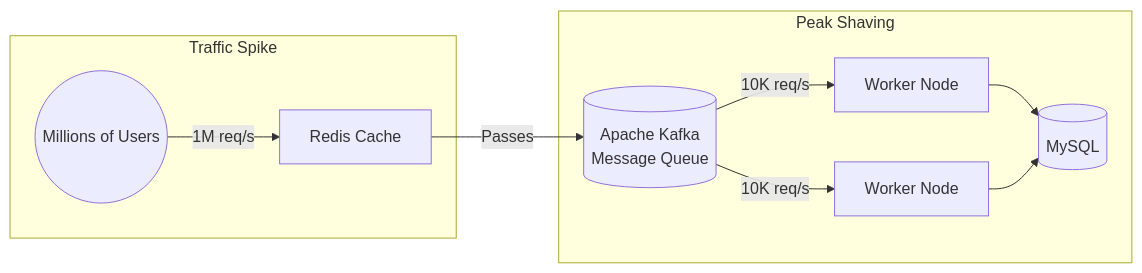
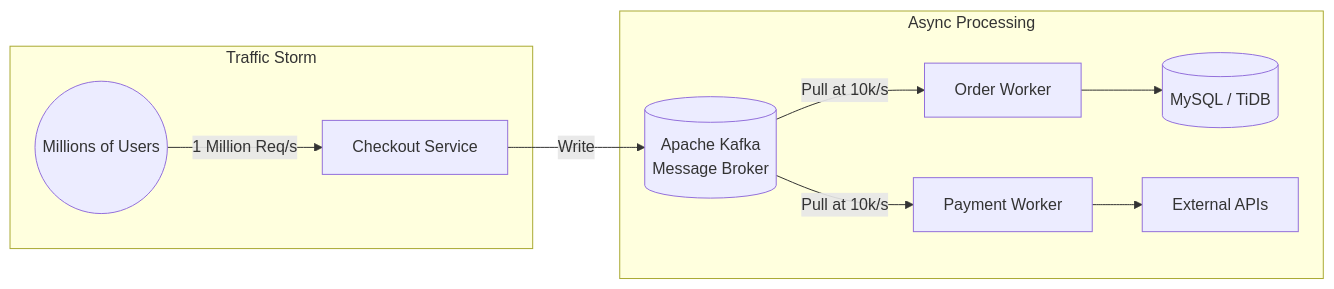
One commit to vesviet/vesviet changed the diagram in content/series/shopee-architecture/03-traffic-shield.md. Above: the diagram before and after it, drawn with Mermaid. The commit also changed other lines of this file and 21 other files, not shown here.

````diff
--- a/content/series/shopee-architecture/03-traffic-shield.md
+++ b/content/series/shopee-architecture/03-traffic-shield.md
@@ -25,15 +27,15 @@
 ```mermaid
 graph LR
-    subgraph Traffic Spike
-        Users((Millions of Users)) -->|1M req/s| Redis[Redis Cache]
+    subgraph Traffic Storm
+        Users((Millions of Users)) -->|1 Million Req/s| Checkout[Checkout Service]
     end
     
-    Redis -->|Passes| Kafka[(Apache Kafka<br/>Message Queue)]
+    Checkout -->|Write| Kafka[(Apache Kafka<br/>Message Broker)]
     
-    subgraph Peak Shaving
-        Kafka -->|10K req/s| Worker1[Worker Node]
-        Kafka -->|10K req/s| Worker2[Worker Node]
-        Worker1 --> DB[(MySQL)]
-        Worker2 --> DB
+    subgraph Async Processing
+        Kafka -->|Pull at 10k/s| Worker1[Order Worker]
+        Kafka -->|Pull at 10k/s| Worker2[Payment Worker]
+        Worker1 --> DB[(MySQL / TiDB)]
+        Worker2 --> API[External APIs]
     end
 ```
````
